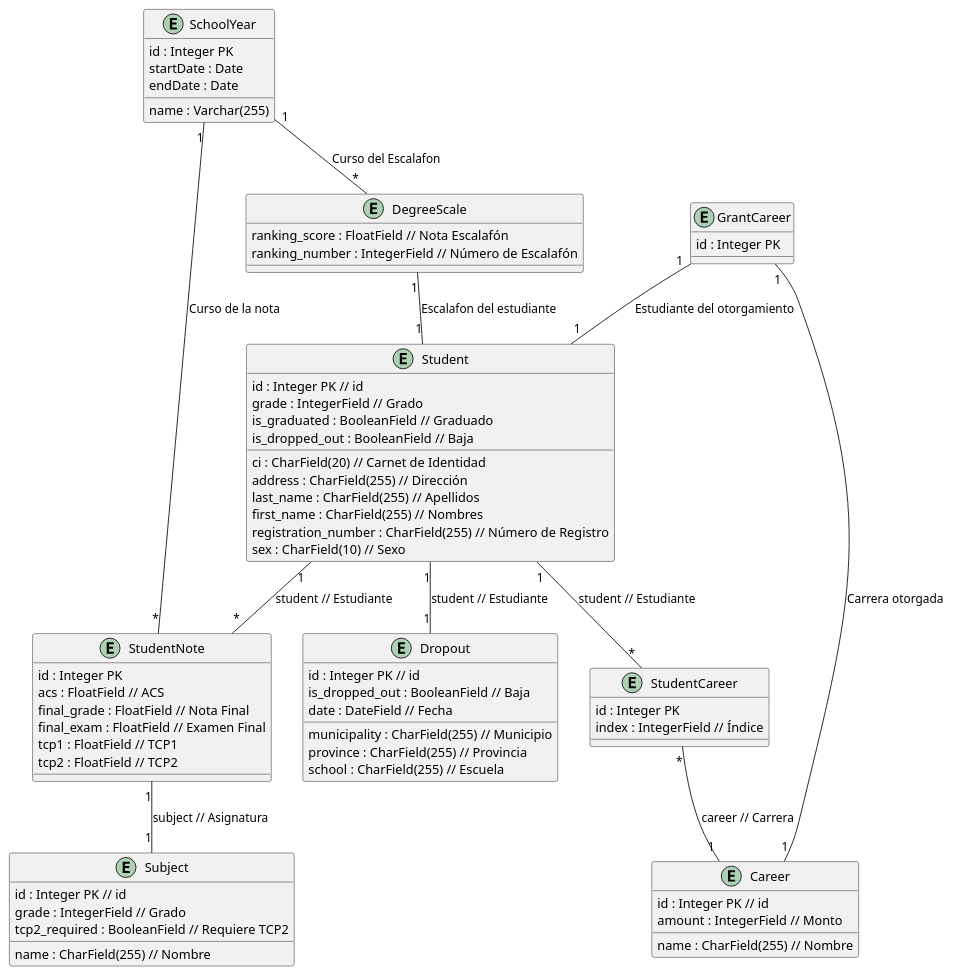
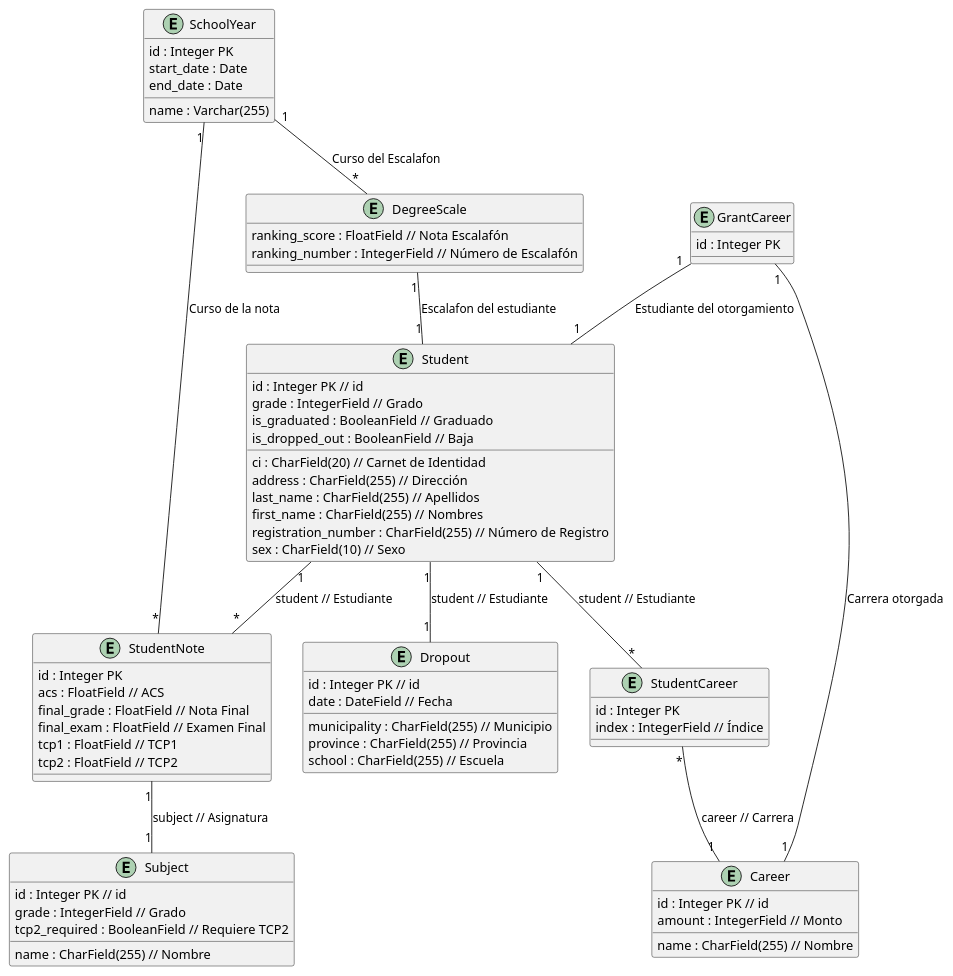
Before and after one commit to critBus/notas_estudiantes_back_drf: the diagram in docs/diagrams/src/architecture_overview.wsd, drawn with PlantUML. The commit also changed 3 other files, not shown here.

Commit message:
remove is_dropped_out  in Dropout

```diff
--- a/docs/diagrams/src/architecture_overview.wsd
+++ b/docs/diagrams/src/architecture_overview.wsd
@@ -1,88 +1,87 @@
 @startuml
 
 entity Student {
     id : Integer PK // id
     ci : CharField(20) // Carnet de Identidad
     address : CharField(255) // Dirección
     grade : IntegerField // Grado
     last_name : CharField(255) // Apellidos
     first_name : CharField(255) // Nombres
     registration_number : CharField(255) // Número de Registro
     sex : CharField(10) // Sexo
     is_graduated : BooleanField // Graduado
     is_dropped_out : BooleanField // Baja
 }
 
 entity Dropout {
     id : Integer PK // id
-    is_dropped_out : BooleanField // Baja
     date : DateField // Fecha
     municipality : CharField(255) // Municipio
     province : CharField(255) // Provincia
     school : CharField(255) // Escuela
 }
 
 entity Career {
     id : Integer PK // id
     amount : IntegerField // Monto
     name : CharField(255) // Nombre
 }
 
 
 entity Subject {
     id : Integer PK // id
     grade : IntegerField // Grado
     name : CharField(255) // Nombre
     tcp2_required : BooleanField // Requiere TCP2
 }
 
 entity SchoolYear {
     id : Integer PK
-    startDate : Date
-    endDate : Date
+    start_date : Date
+    end_date : Date
     name : Varchar(255)
 }
 
 entity StudentNote {
     id : Integer PK
     acs : FloatField // ACS
     final_grade : FloatField // Nota Final
     final_exam : FloatField // Examen Final
     tcp1 : FloatField // TCP1
     tcp2 : FloatField // TCP2
 }
 
 
 
 entity StudentCareer {
     id : Integer PK
     index : IntegerField // Índice
 }
 
 entity DegreeScale {
     ranking_score : FloatField // Nota Escalafón
     ranking_number : IntegerField // Número de Escalafón
 }
 entity GrantCareer{
     id : Integer PK
 }
 
 GrantCareer "1" -- "1" Student : Estudiante del otorgamiento
 GrantCareer "1" -- "1" Career : Carrera otorgada
 
 
 SchoolYear "1" -- "*" DegreeScale :  Curso del Escalafon
 SchoolYear "1" -- "*" StudentNote : Curso de la nota
 
 DegreeScale "1" -- "1" Student : Escalafon del estudiante
 
 Student "1" -- "1" Dropout : student // Estudiante
 Student "1" -- "*" StudentNote : student // Estudiante
 Student "1" -- "*" StudentCareer : student // Estudiante
 
 
 
 StudentNote "1" -- "1" Subject : subject // Asignatura
 StudentCareer "*" -- "1" Career : career // Carrera
 
 @enduml
```
